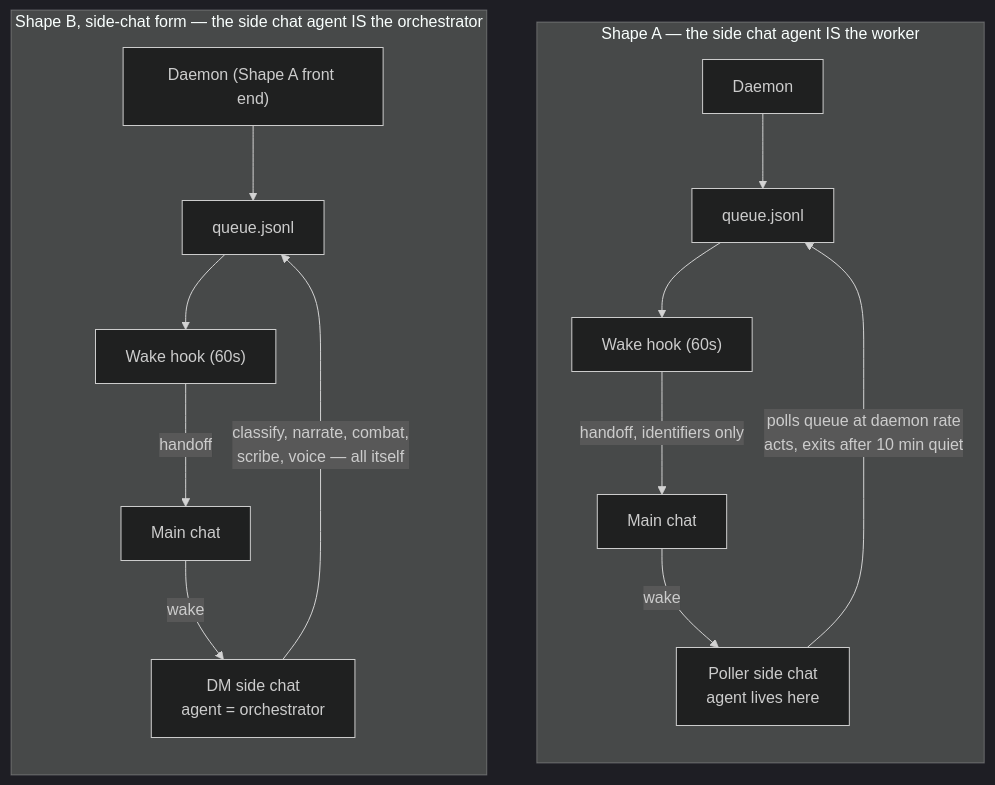
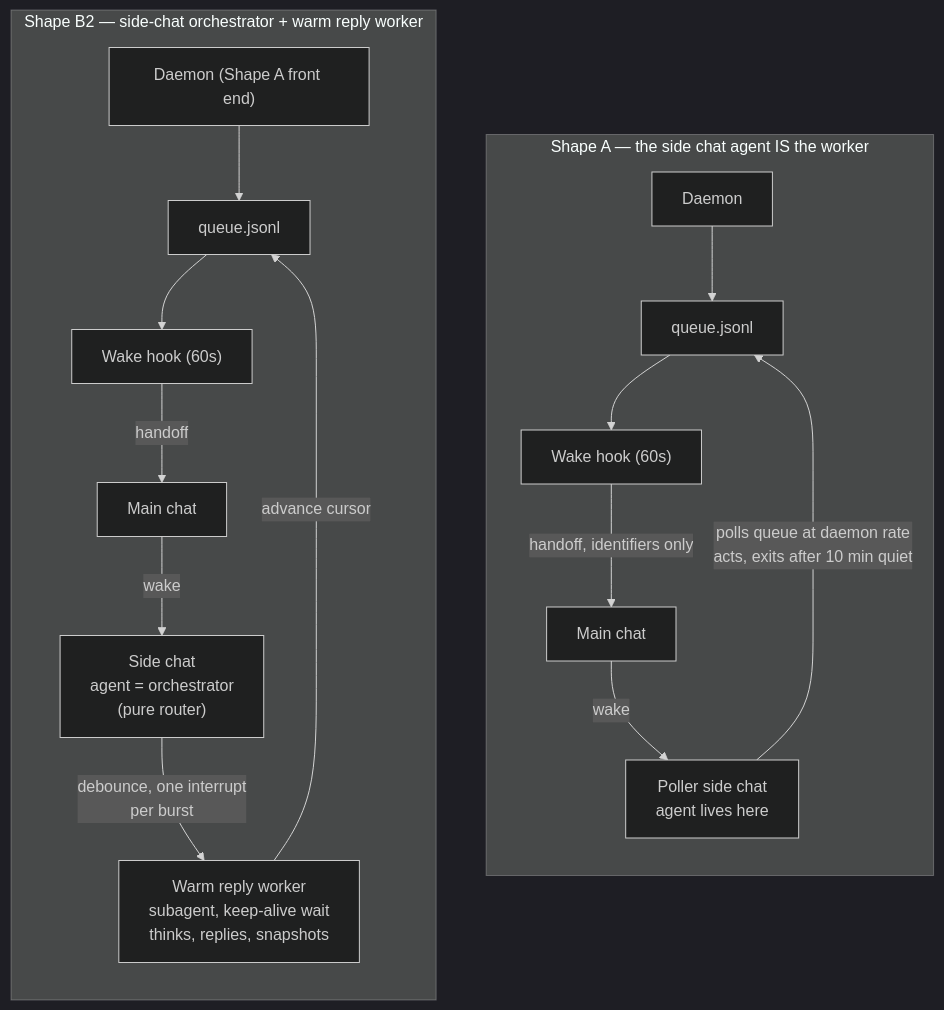
The third of 10 diagrams in README.md (jvall0228/muse-poller-sdk), drawn with Mermaid (dark theme) before and after one commit. The commit also changed other lines of this file and 6 other files, not shown here.

First line of the commit message:
1.4.0: orchestrator delegates to warm reply worker + reply-loop refinements

````diff
--- a/README.md
+++ b/README.md
@@ -78,19 +78,20 @@
 ```mermaid
 flowchart TB
     subgraph A_SHAPE["Shape A — the side chat agent IS the worker"]
         direction TB
         D1["Daemon"] --> Q1["queue.jsonl"]
         Q1 --> H1["Wake hook (60s)"]
         H1 -->|"handoff, identifiers only"| M1["Main chat"]
         M1 -->|"wake"| C1["Poller side chat<br/>agent lives here"]
         C1 -->|"polls queue at daemon rate<br/>acts, exits after 10 min quiet"| Q1
     end
-    subgraph B_SHAPE["Shape B, side-chat form — the side chat agent IS the orchestrator"]
+    subgraph B_SHAPE["Shape B2 — side-chat orchestrator + warm reply worker"]
         direction TB
         D2["Daemon (Shape A front end)"] --> Q2["queue.jsonl"]
         Q2 --> H2["Wake hook (60s)"]
         H2 -->|"handoff"| M2["Main chat"]
-        M2 -->|"wake"| C2["DM side chat<br/>agent = orchestrator"]
-        C2 -->|"classify, narrate, combat,<br/>scribe, voice — all itself"| Q2
+        M2 -->|"wake"| C2["Side chat<br/>agent = orchestrator<br/>(pure router)"]
+        C2 -->|"debounce, one interrupt<br/>per burst"| W2["Warm reply worker<br/>subagent, keep-alive wait<br/>thinks, replies, snapshots"]
+        W2 -->|"advance cursor"| Q2
     end
 ```
````
